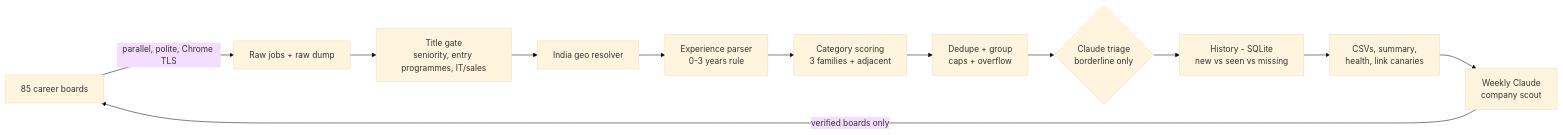
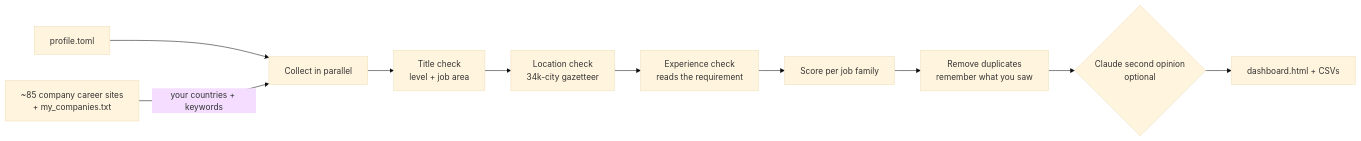
One commit to ishanthakur526-droid/job-scraper-fleet-v2 changed the diagram in README.md. Above: the diagram before and after it, drawn with Mermaid (base theme). The commit also changed other lines of this file and 26 other files, not shown here.

````diff
--- a/README.md
+++ b/README.md
@@ -33,14 +138,12 @@
 ```mermaid
 flowchart LR
-  A[85 career boards] -->|parallel, polite, Chrome TLS| B[Raw jobs + raw dump]
-  B --> C[Title gate<br/>seniority, entry programmes, IT/sales]
-  C --> D[India geo resolver]
-  D --> E[Experience parser<br/>0-3 years rule]
-  E --> F[Category scoring<br/>3 families + adjacent]
-  F --> G[Dedupe + group<br/>caps + overflow]
-  G --> H{Claude triage<br/>borderline only}
-  H --> I[History - SQLite<br/>new vs seen vs missing]
-  I --> J[CSVs, summary,<br/>health, link canaries]
-  J --> K[Weekly Claude<br/>company scout]
-  K -->|verified boards only| A
+  P[profile.toml] --> S
+  A[~85 company career sites<br/>+ my_companies.txt] -->|your countries + keywords| S[Collect in parallel]
+  S --> T[Title check<br/>level + job area]
+  T --> G[Location check<br/>34k-city gazetteer]
+  G --> E[Experience check<br/>reads the requirement]
+  E --> F[Score per job family]
+  F --> D[Remove duplicates<br/>remember what you saw]
+  D --> C{Claude second opinion<br/>optional}
+  C --> O[dashboard.html + CSVs]
 ```
````
